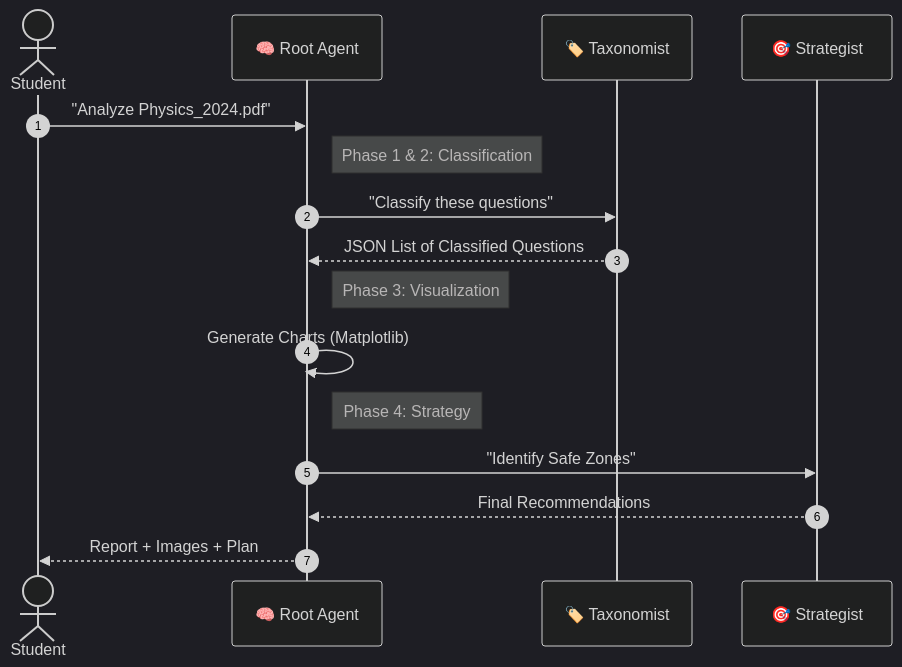
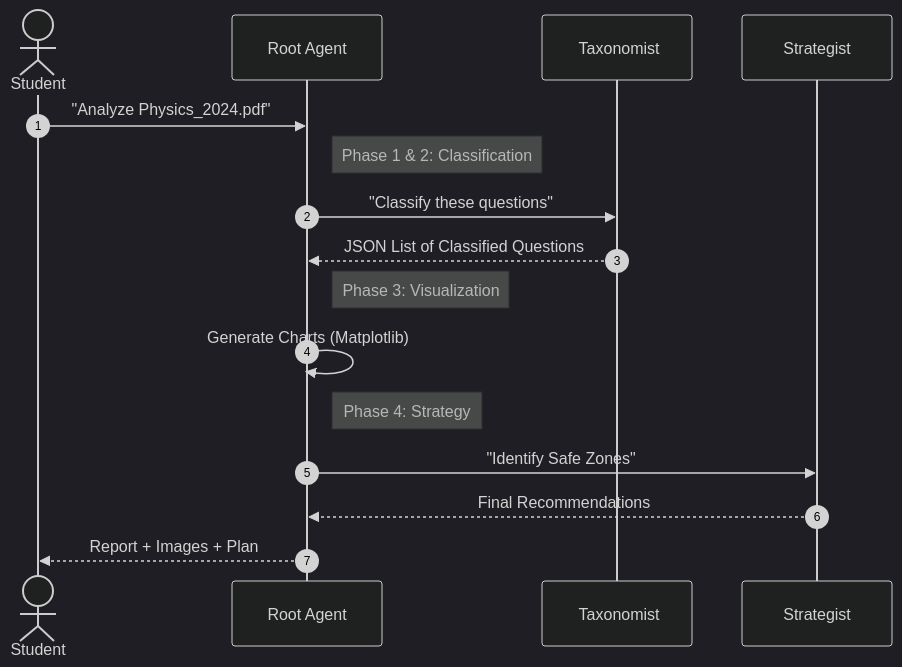
The second of 2 diagrams in src/content/posts/professor-profiler.mdx (amitdevx/portfolio), drawn with Mermaid (dark theme) before and after one commit. The commit also changed other lines of this file and 8 other files, not shown here.

````diff
--- a/src/content/posts/professor-profiler.mdx
+++ b/src/content/posts/professor-profiler.mdx
@@ -62,23 +62,23 @@
 ```mermaid
 sequenceDiagram
     autonumber
     actor Student
-    participant Root as 🧠 Root Agent
-    participant Tax as 🏷️ Taxonomist
-    participant Strat as 🎯 Strategist
+    participant Root as  Root Agent
+    participant Tax as ️ Taxonomist
+    participant Strat as  Strategist
 
     Student->>Root: "Analyze Physics_2024.pdf"
     
     note right of Root: Phase 1 & 2: Classification
     Root->>Tax: "Classify these questions"
     Tax-->>Root: JSON List of Classified Questions
 
     note right of Root: Phase 3: Visualization
     Root->>Root: Generate Charts (Matplotlib)
 
     note right of Root: Phase 4: Strategy
     Root->>Strat: "Identify Safe Zones"
     Strat-->>Root: Final Recommendations
 
     Root-->>Student: Report + Images + Plan
 ```
````
